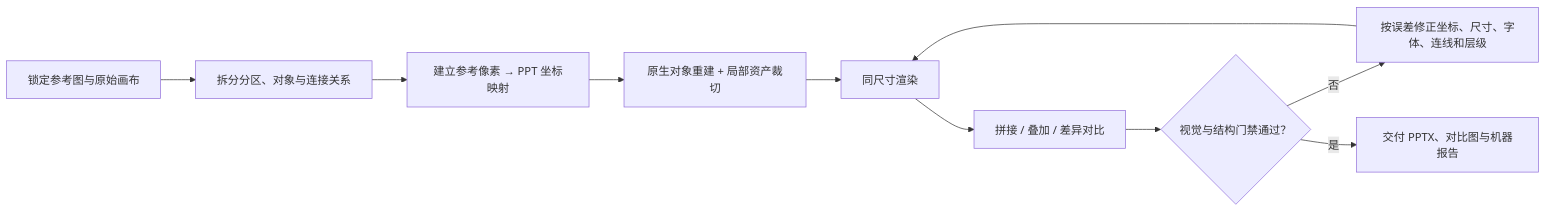
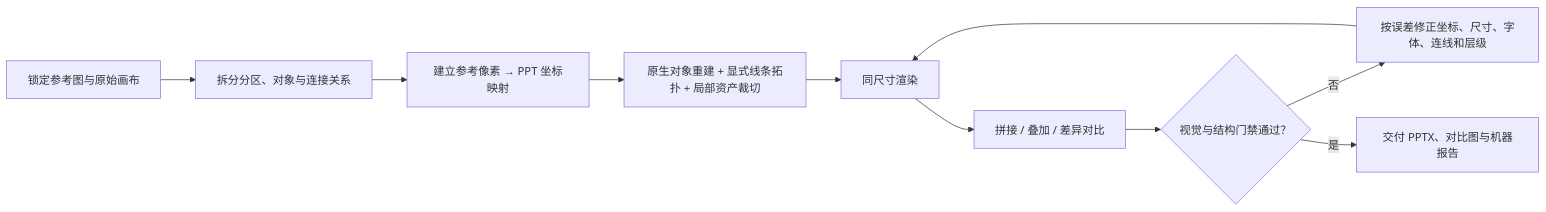
The first of 2 diagrams in README.md (goya4140/powerpoint-canvas-controller-macos), drawn with Mermaid before and after one commit. The commit also changed other lines of this file and 115 other files, not shown here.

````diff
--- a/README.md
+++ b/README.md
@@ -11,12 +11,12 @@
 ```mermaid
 flowchart LR
     A["锁定参考图与原始画布"] --> B["拆分分区、对象与连接关系"]
     B --> C["建立参考像素 → PPT 坐标映射"]
-    C --> D["原生对象重建 + 局部资产裁切"]
+    C --> D["原生对象重建 + 显式线条拓扑 + 局部资产裁切"]
     D --> E["同尺寸渲染"]
     E --> F["拼接 / 叠加 / 差异对比"]
     F --> G{"视觉与结构门禁通过？"}
     G -->|"否"| H["按误差修正坐标、尺寸、字体、连线和层级"]
     H --> E
     G -->|"是"| I["交付 PPTX、对比图与机器报告"]
 ```
````
